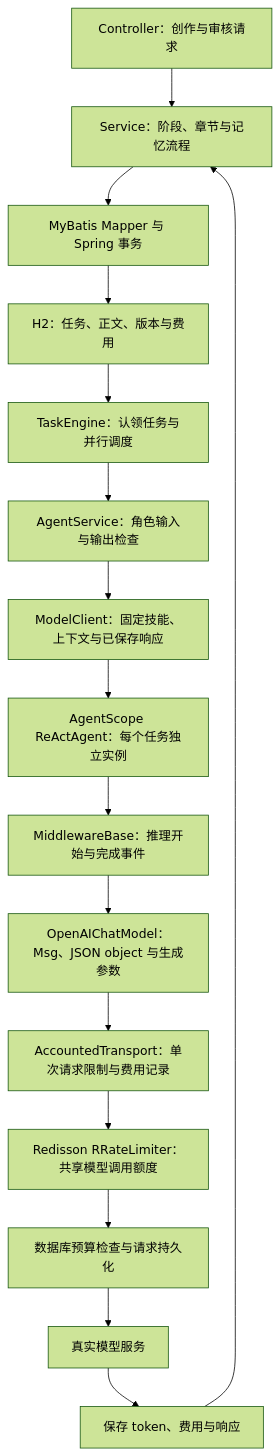
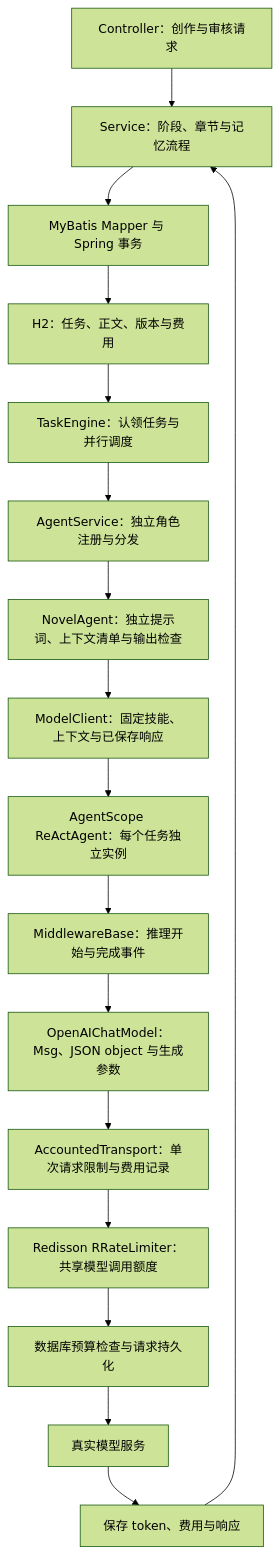
Before and after one commit to ccii1/novel-agent: the first of 7 diagrams in README.md, drawn with Mermaid (forest theme). The commit also changed other lines of this file and 30 other files, not shown here.

Commit message:
refactor: isolate novel agents and role-specific contexts

````diff
--- a/README.md
+++ b/README.md
@@ -9,18 +9,19 @@
 ```mermaid
 flowchart TD
     API["Controller：创作与审核请求"] --> Business["Service：阶段、章节与记忆流程"]
     Business --> Repository["MyBatis Mapper 与 Spring 事务"]
     Repository --> DB["H2：任务、正文、版本与费用"]
     DB --> Scheduler["TaskEngine：认领任务与并行调度"]
-    Scheduler --> Role["AgentService：角色输入与输出检查"]
-    Role --> Context["ModelClient：固定技能、上下文与已保存响应"]
+    Scheduler --> Role["AgentService：独立角色注册与分发"]
+    Role --> Specialists["NovelAgent：独立提示词、上下文清单与输出检查"]
+    Specialists --> Context["ModelClient：固定技能、上下文与已保存响应"]
     Context --> Agent["AgentScope ReActAgent：每个任务独立实例"]
     Agent --> Middleware["MiddlewareBase：推理开始与完成事件"]
     Middleware --> Model["OpenAIChatModel：Msg、JSON object 与生成参数"]
     Model --> Transport["AccountedTransport：单次请求限制与费用记录"]
     Transport --> Redis["Redisson RRateLimiter：共享模型调用额度"]
     Redis --> Budget["数据库预算检查与请求持久化"]
     Budget --> Provider["真实模型服务"]
     Provider --> Result["保存 token、费用与响应"]
     Result --> Business
 ```
````
